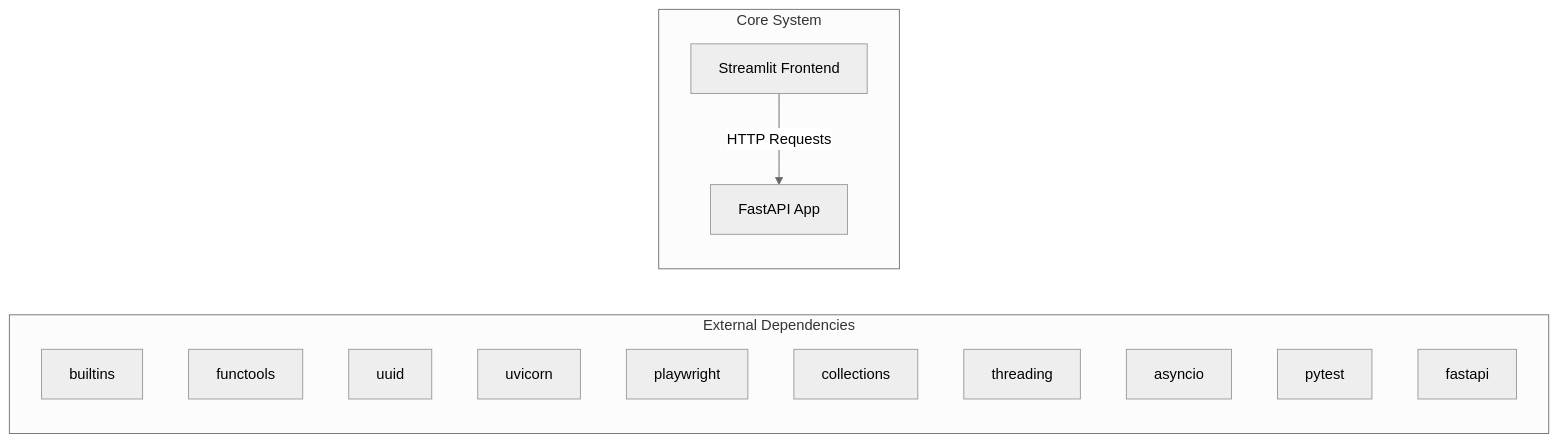
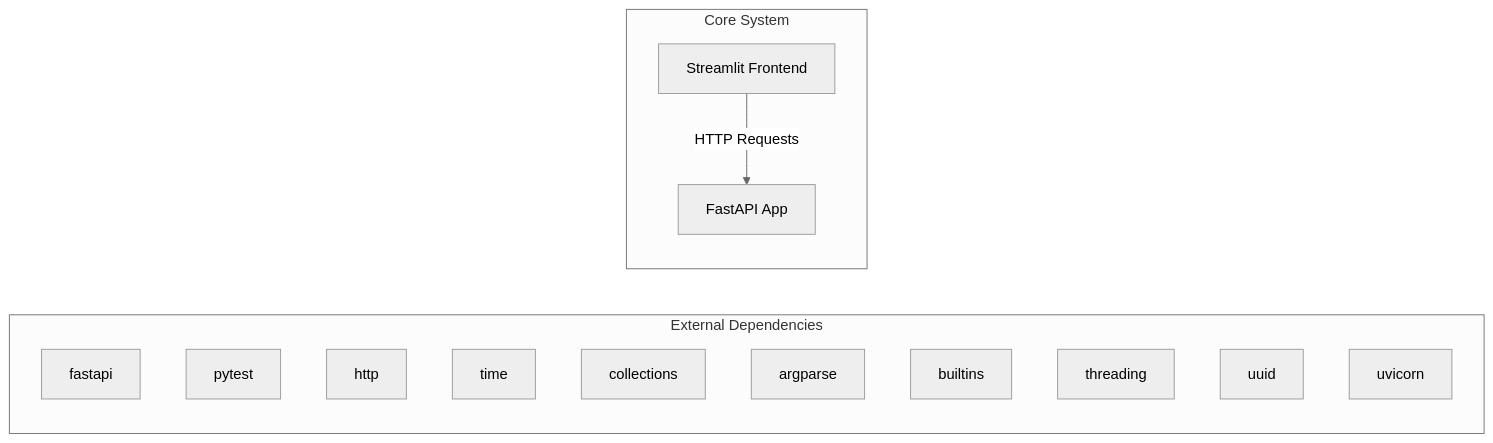
One commit to NITISH-R-G/rag-context-optimizer changed the first of 2 diagrams in docs/architecture.md. Above: the diagram before and after it, drawn with Mermaid (neutral theme). The commit also changed 1 other file, not shown here.

Commit message:
docs: auto-update repository knowledge, architecture diagrams, and documentation

````diff
--- a/docs/architecture.md
+++ b/docs/architecture.md
@@ -7,20 +7,20 @@
 ```mermaid
 graph LR
     subgraph External Dependencies
-        E0["builtins"]
-        E1["functools"]
-        E2["uuid"]
-        E3["uvicorn"]
-        E4["playwright"]
-        E5["collections"]
-        E6["threading"]
-        E7["asyncio"]
-        E8["pytest"]
-        E9["fastapi"]
+        E0["fastapi"]
+        E1["pytest"]
+        E2["http"]
+        E3["time"]
+        E4["collections"]
+        E5["argparse"]
+        E6["builtins"]
+        E7["threading"]
+        E8["uuid"]
+        E9["uvicorn"]
     end
     subgraph Core System
         API["FastAPI App"]
         UI["Streamlit Frontend"]
     end
     UI -->|HTTP Requests| API
 ```
````
